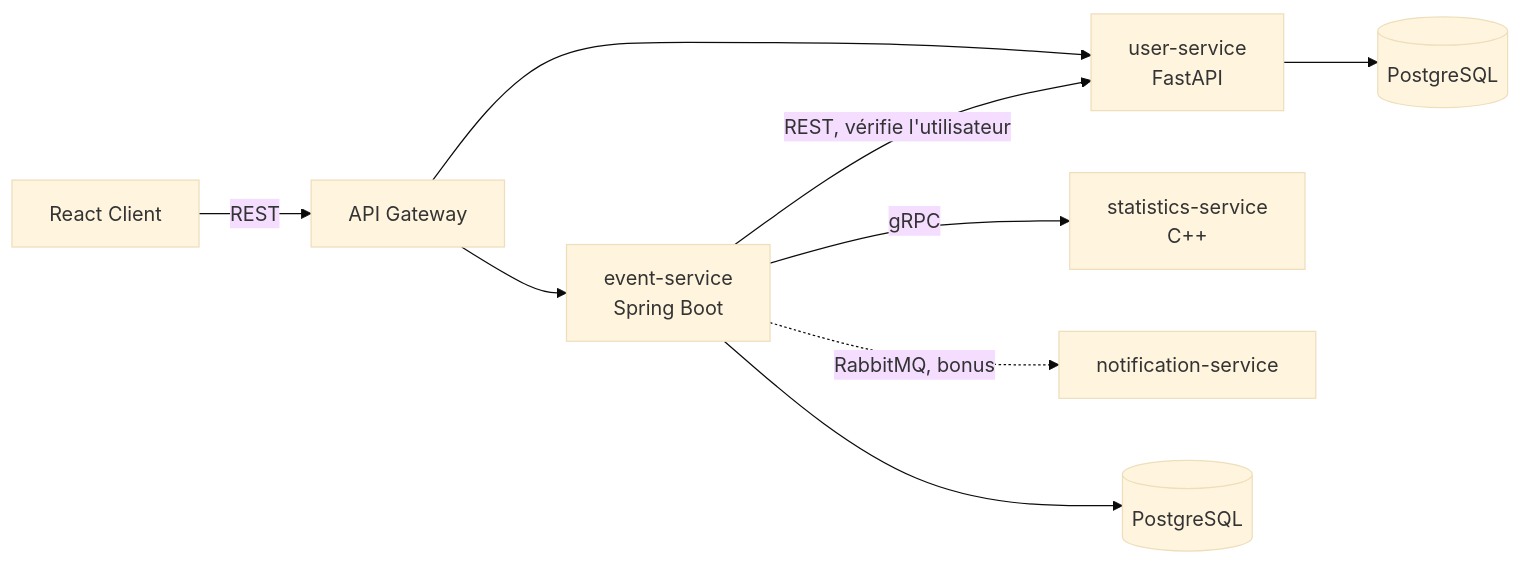
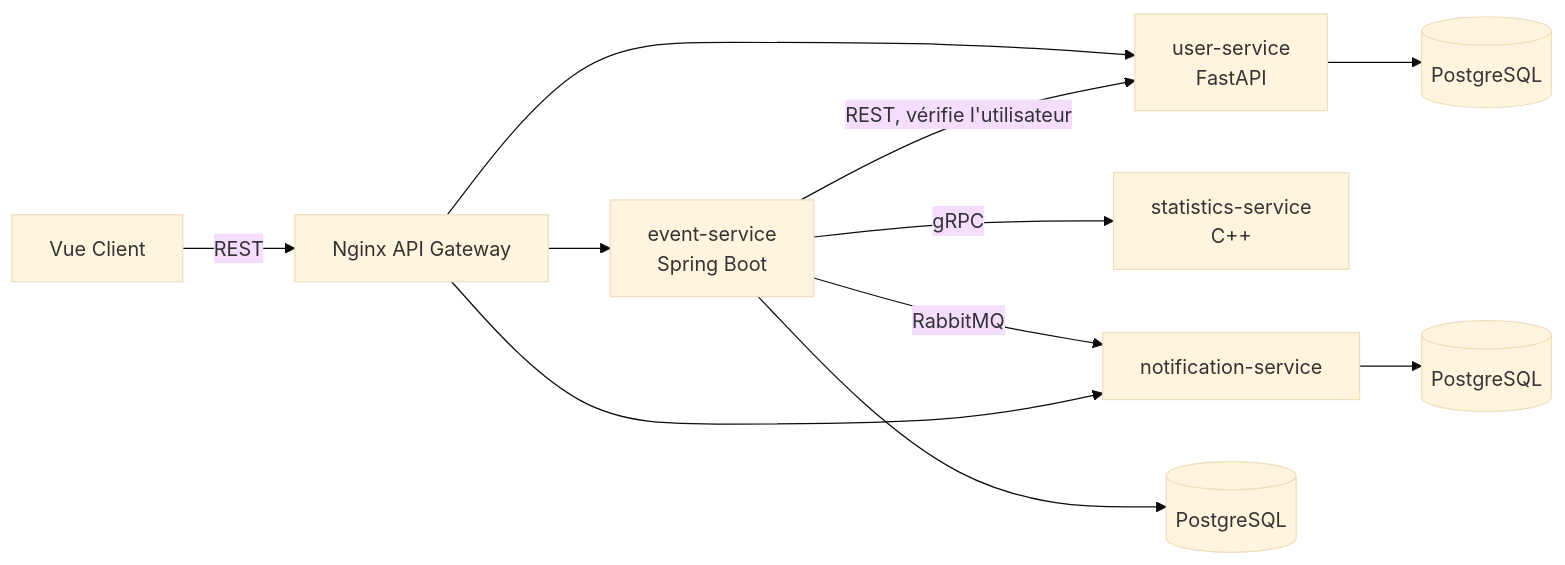
The diagram in README.md (Slifos/GLYPSBUTBETTER), drawn with Mermaid (base theme) before and after one commit. The commit also changed other lines of this file and 30 other files, not shown here.

````diff
--- a/README.md
+++ b/README.md
@@ -14,11 +14,13 @@
 ```mermaid
 flowchart LR
-    client[React Client] -->|REST| gateway[API Gateway]
+    client[Vue Client] -->|REST| gateway[Nginx API Gateway]
     gateway --> event[event-service\nSpring Boot]
     gateway --> user[user-service\nFastAPI]
     event -->|REST, vérifie l'utilisateur| user
     event -->|gRPC| stats[statistics-service\nC++]
-    event -.->|RabbitMQ, bonus| notif[notification-service]
+    event -->|RabbitMQ| notif[notification-service]
+    gateway --> notif
     event --> eventdb[(PostgreSQL)]
     user --> userdb[(PostgreSQL)]
+    notif --> notifdb[(PostgreSQL)]
 ```
````
